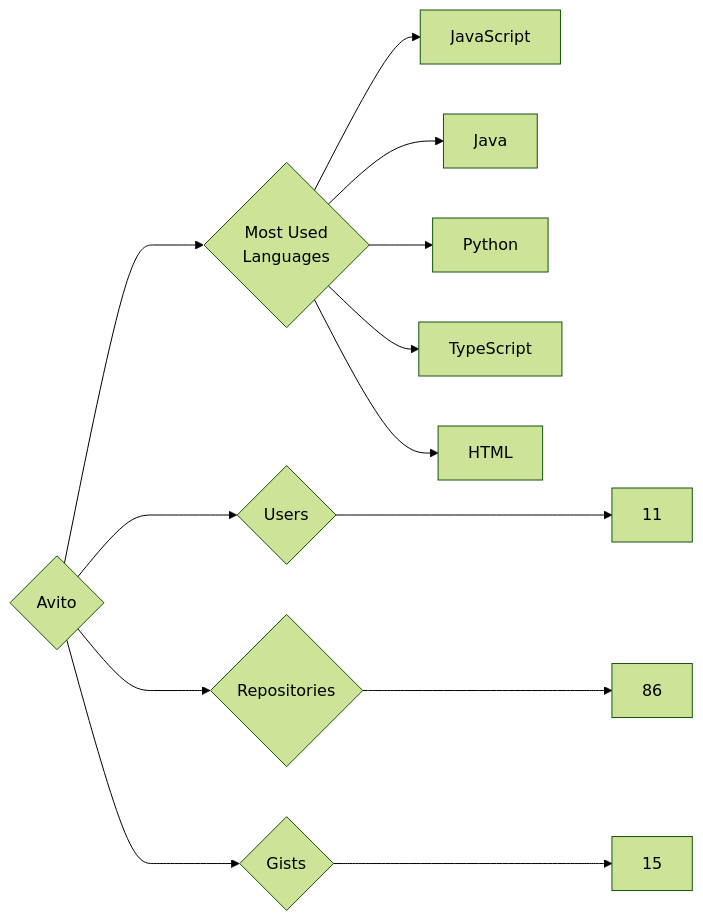
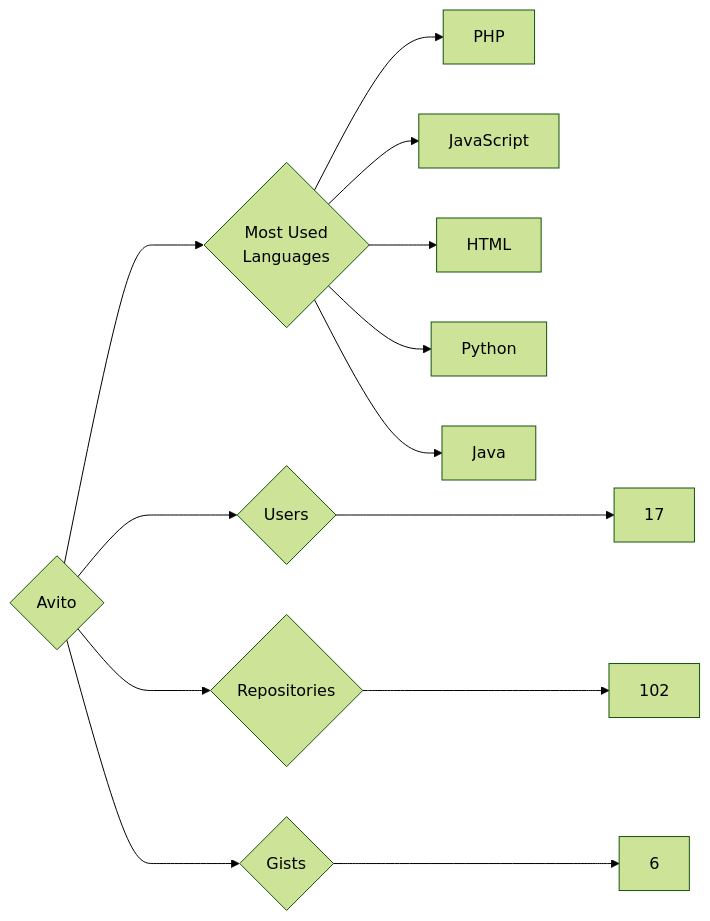
One commit to trickest/insiders changed the diagram in targets/Avito/README.md. Above: the diagram before and after it, drawn with Mermaid (forest theme). The commit also changed 773 other files, not shown here.

````diff
--- a/targets/Avito/README.md
+++ b/targets/Avito/README.md
@@ -3,13 +3,13 @@
 ```mermaid
 graph LR
 COMPANY_NAME{Avito}
-COMPANY_NAME ---> U{Users} ---> UN[11]
-COMPANY_NAME ---> R{Repositories} ---> RN[86]
-COMPANY_NAME ---> G{Gists} ---> GN[15]
+COMPANY_NAME ---> U{Users} ---> UN[17]
+COMPANY_NAME ---> R{Repositories} ---> RN[102]
+COMPANY_NAME ---> G{Gists} ---> GN[6]
 COMPANY_NAME ---> ML{Most Used<br>Languages}
+ML --> PHP[PHP]
 ML --> JavaScript[JavaScript]
+ML --> HTML[HTML]
+ML --> Python[Python]
 ML --> Java[Java]
-ML --> Python[Python]
-ML --> TypeScript[TypeScript]
-ML --> HTML[HTML]
 ```
````
